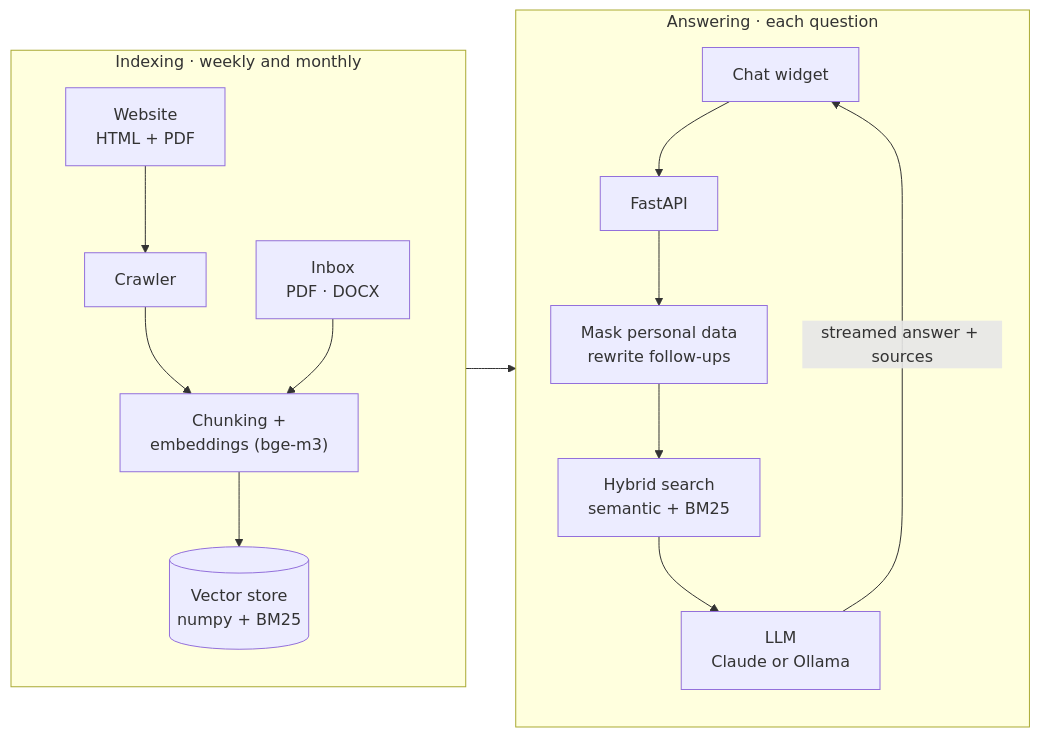
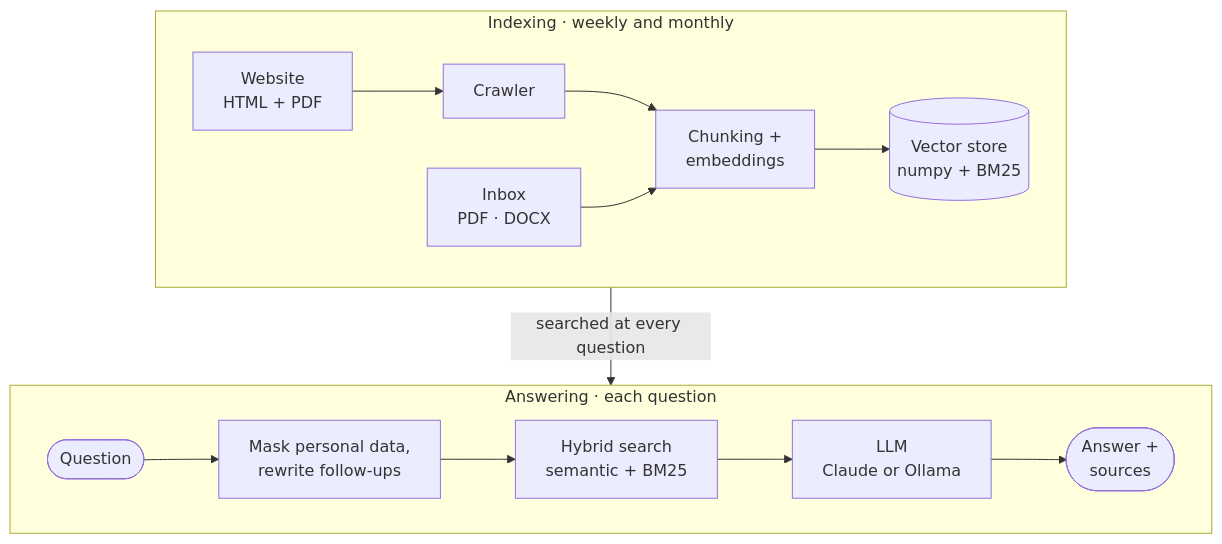
One commit to Antonio-Prado/zautte changed the diagram in README.md. Above: the diagram before and after it, drawn with Mermaid. The commit also changed other lines of this file, not shown here.

Commit message:
docs(readme): diagram on two rows (indexing and answering) readable at GitHub's width; features table in HTML without an empty header row

````diff
--- a/README.md
+++ b/README.md
@@ -41,19 +53,13 @@
 ```mermaid
-flowchart LR
+flowchart TB
     subgraph IDX["Indexing · weekly and monthly"]
-        direction TB
-        site["Website<br/>HTML + PDF"] --> crawler["Crawler"]
-        crawler --> indexer["Chunking +<br/>embeddings (bge-m3)"]
+        direction LR
+        site["Website<br/>HTML + PDF"] --> crawler["Crawler"] --> indexer["Chunking +<br/>embeddings"] --> store[("Vector store<br/>numpy + BM25")]
         inbox["Inbox<br/>PDF · DOCX"] --> indexer
-        indexer --> store[("Vector store<br/>numpy + BM25")]
     end
     subgraph ANS["Answering · each question"]
-        direction TB
-        widget["Chat widget"] --> api["FastAPI"]
-        api --> prep["Mask personal data<br/>rewrite follow-ups"]
-        prep --> search["Hybrid search<br/>semantic + BM25"]
-        search --> llm["LLM<br/>Claude or Ollama"]
-        llm -- "streamed answer + sources" --> widget
+        direction LR
+        q(["Question"]) --> prep["Mask personal data,<br/>rewrite follow-ups"] --> search["Hybrid search<br/>semantic + BM25"] --> llm["LLM<br/>Claude or Ollama"] --> a(["Answer +<br/>sources"])
     end
-    store --> search
+    IDX -- "searched at every question" --> ANS
 ```
````
